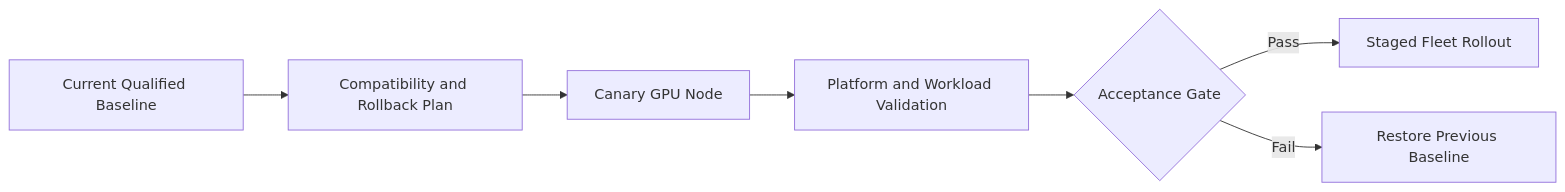
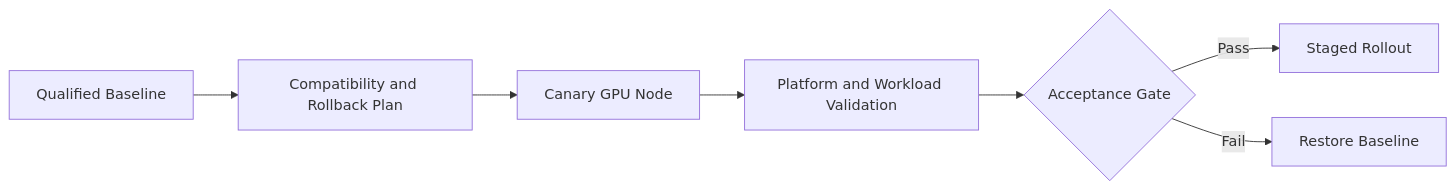
One commit to jithinpnjm/nvidia-devops changed the diagram in docs/nvidia-zero-to-hero/volume-10/labs/lab-04-perform-a-controlled-gpu-platform-upgrade.md. Above: the diagram before and after it, drawn with Mermaid. The commit also changed other lines of this file, not shown here.

````diff
--- a/docs/nvidia-zero-to-hero/volume-10/labs/lab-04-perform-a-controlled-gpu-platform-upgrade.md
+++ b/docs/nvidia-zero-to-hero/volume-10/labs/lab-04-perform-a-controlled-gpu-platform-upgrade.md
@@ -46,14 +39,14 @@
 ```mermaid
 flowchart LR
-    Current[Current Qualified Baseline]
+    Baseline[Qualified Baseline]
     Plan[Compatibility and Rollback Plan]
     Canary[Canary GPU Node]
     Validate[Platform and Workload Validation]
     Gate{Acceptance Gate}
-    Rollout[Staged Fleet Rollout]
-    Rollback[Restore Previous Baseline]
+    Rollout[Staged Rollout]
+    Rollback[Restore Baseline]
 
-    Current --> Plan --> Canary --> Validate --> Gate
+    Baseline --> Plan --> Canary --> Validate --> Gate
     Gate -->|Pass| Rollout
     Gate -->|Fail| Rollback
 ```
````
